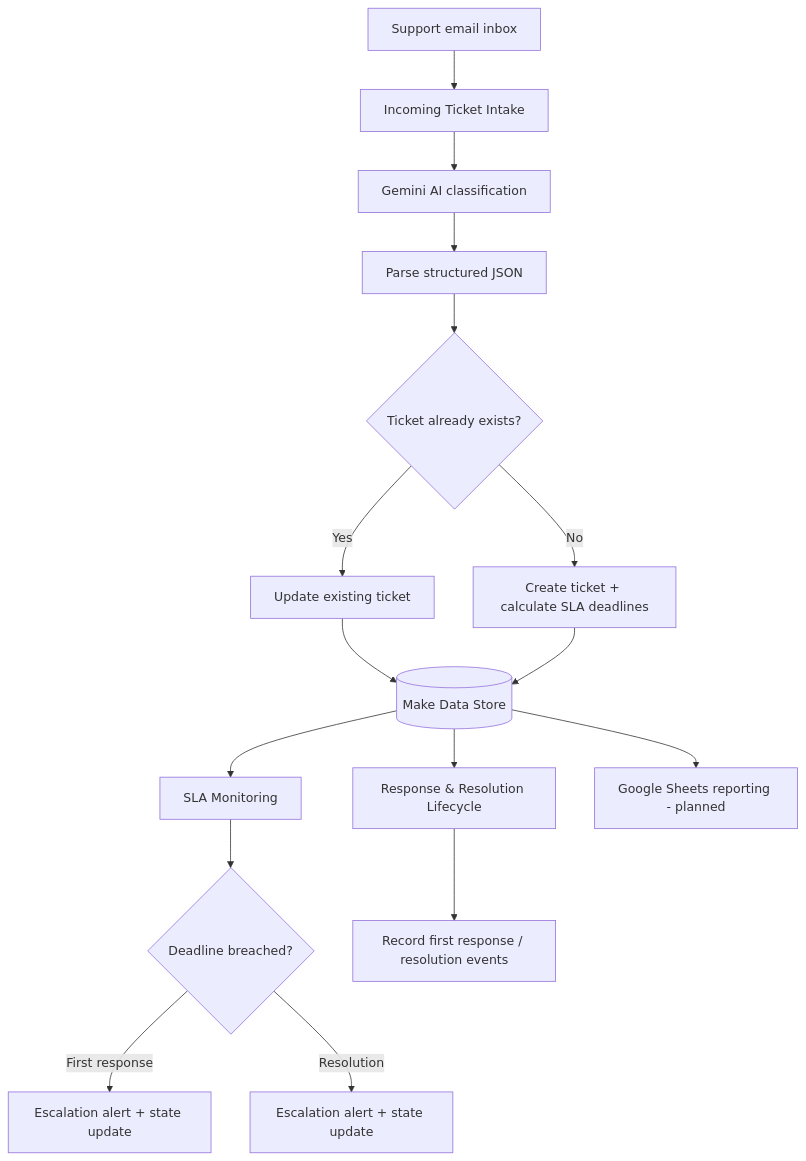
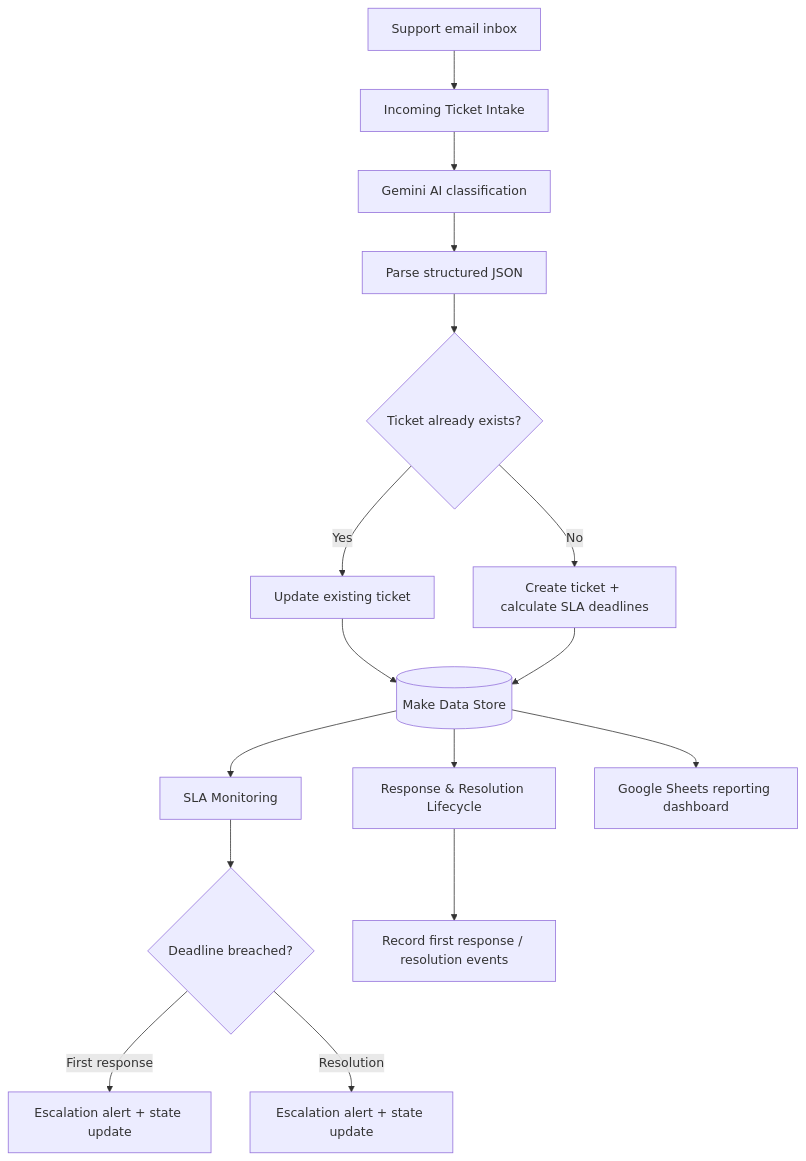
One commit to tanishqp2004/ai-operations-automation-portfolio changed the diagram in projects/support-desk-sla/README.md. Above: the diagram before and after it, drawn with Mermaid. The commit also changed other lines of this file, not shown here.

Commit message:
docs: update support desk stress test and dashboard results

````diff
--- a/projects/support-desk-sla/README.md
+++ b/projects/support-desk-sla/README.md
@@ -19,18 +19,18 @@
 ```mermaid
 flowchart TD
     A[Support email inbox] --> B[Incoming Ticket Intake]
     B --> C[Gemini AI classification]
     C --> D[Parse structured JSON]
     D --> E{Ticket already exists?}
     E -->|Yes| F[Update existing ticket]
     E -->|No| G[Create ticket + calculate SLA deadlines]
     F --> H[(Make Data Store)]
     G --> H
     H --> I[SLA Monitoring]
     I --> J{Deadline breached?}
     J -->|First response| K[Escalation alert + state update]
     J -->|Resolution| L[Escalation alert + state update]
     H --> M[Response & Resolution Lifecycle]
     M --> N[Record first response / resolution events]
-    H --> O[Google Sheets reporting - planned]
+    H --> O[Google Sheets reporting dashboard]
 ```
````
